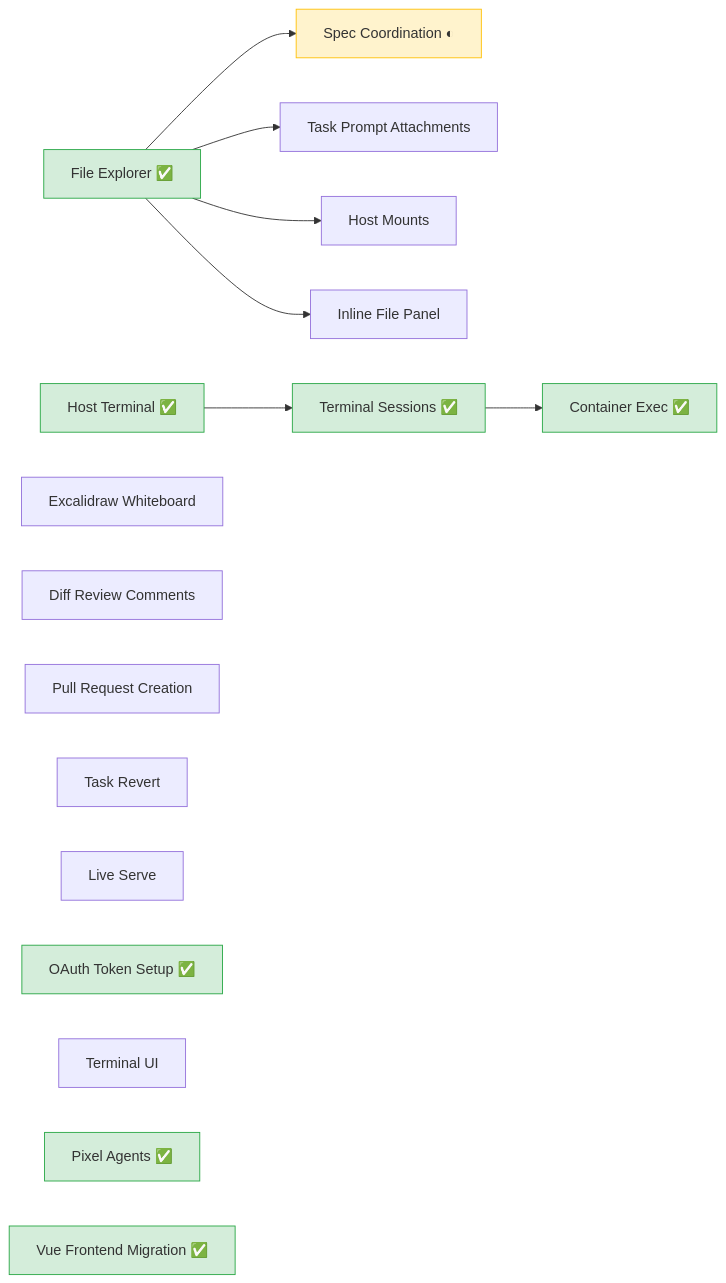
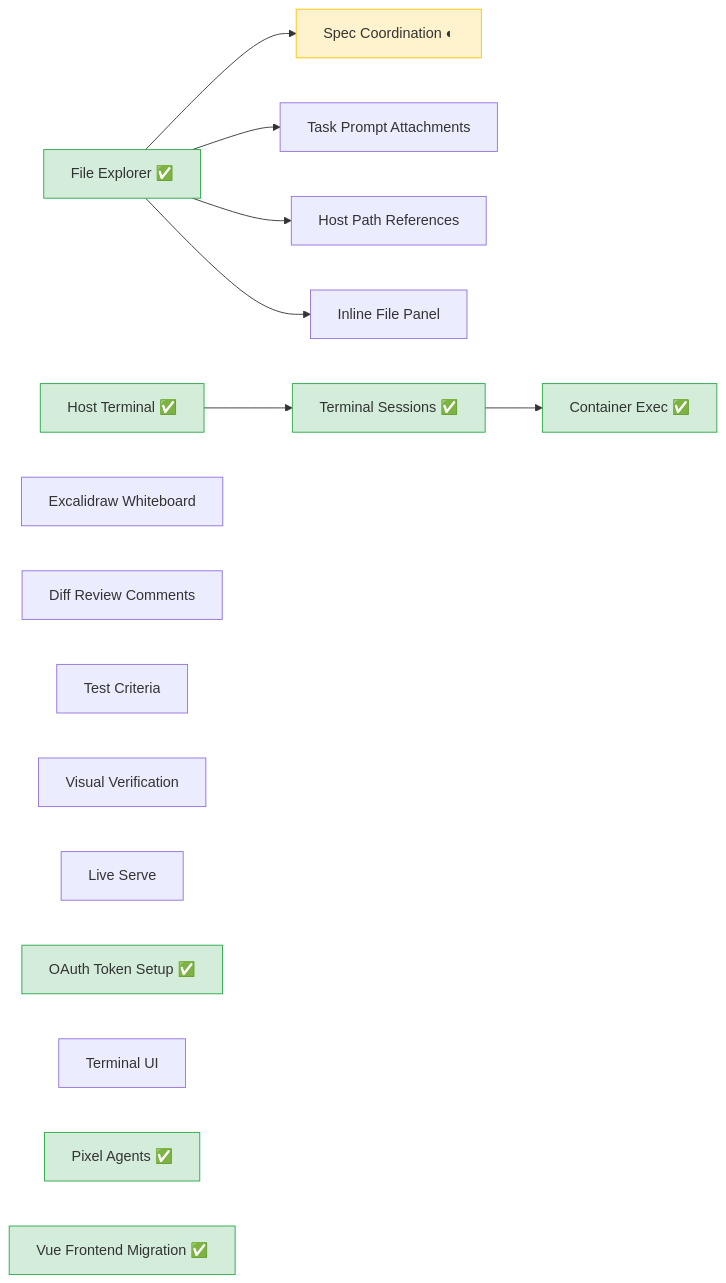
Before and after one commit to changkun/wallfacer: the second of 4 diagrams in specs/README.md, drawn with Mermaid. The commit also changed other lines of this file, not shown here.

First line of the commit message:
spec(README): rebuild roadmap for the reorg and refined statuses

````diff
--- a/specs/README.md
+++ b/specs/README.md
@@ -86,27 +124,27 @@
 ```mermaid
 graph LR
   FE[File Explorer ✅] --> SC[Spec Coordination ◐]
   FE --> TPA[Task Prompt Attachments]
-  FE --> HM[Host Mounts]
+  FE --> HPR[Host Path References]
   FE --> IFP[Inline File Panel]
   HT[Host Terminal ✅] --> TS[Terminal Sessions ✅] --> CE[Container Exec ✅]
 
   EW[Excalidraw Whiteboard]
   DRC[Diff Review Comments]
-  PR[Pull Request Creation]
-  TR[Task Revert]
+  TC[Test Criteria]
+  VV[Visual Verification]
   LS[Live Serve]
   OTS[OAuth Token Setup ✅]
   TUI[Terminal UI]
   PA[Pixel Agents ✅]
   VFM[Vue Frontend Migration ✅]
 
   style FE fill:#d4edda,stroke:#28a745
   style HT fill:#d4edda,stroke:#28a745
   style TS fill:#d4edda,stroke:#28a745
   style CE fill:#d4edda,stroke:#28a745
   style OTS fill:#d4edda,stroke:#28a745
   style PA fill:#d4edda,stroke:#28a745
   style VFM fill:#d4edda,stroke:#28a745
   style SC fill:#fff3cd,stroke:#ffc107
 ```
````
